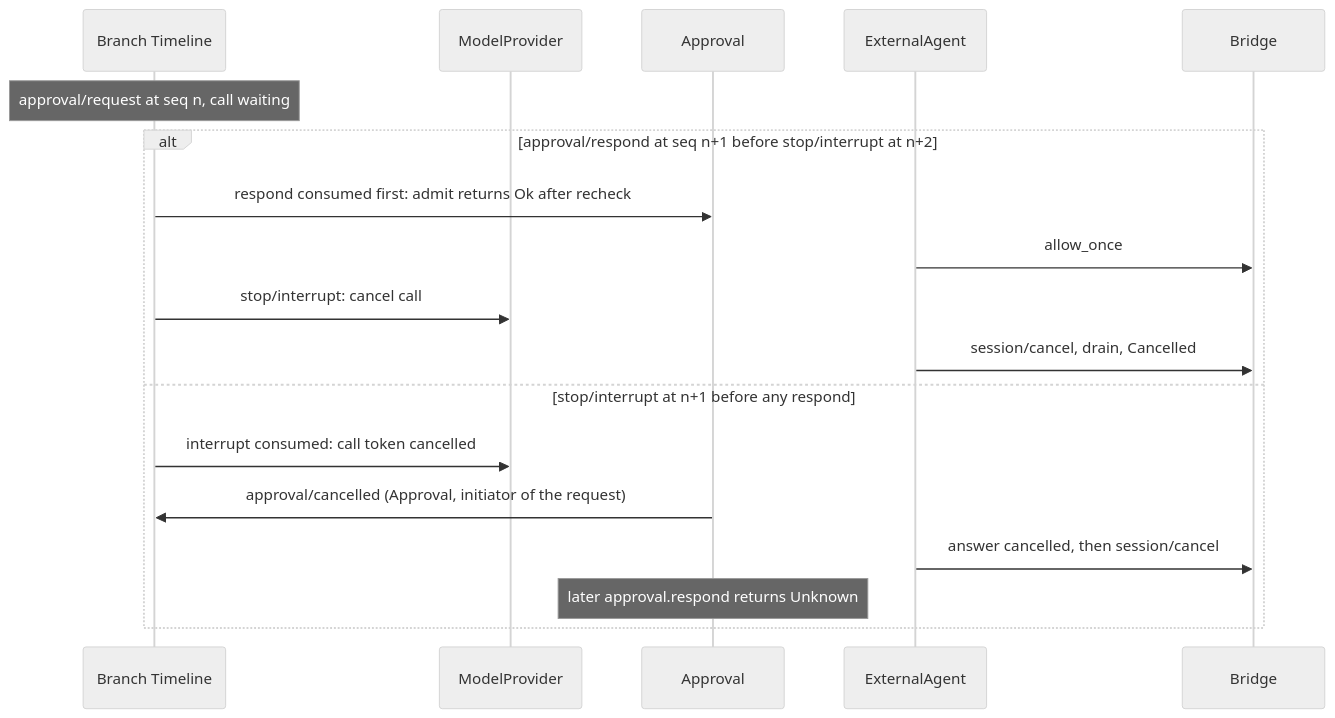
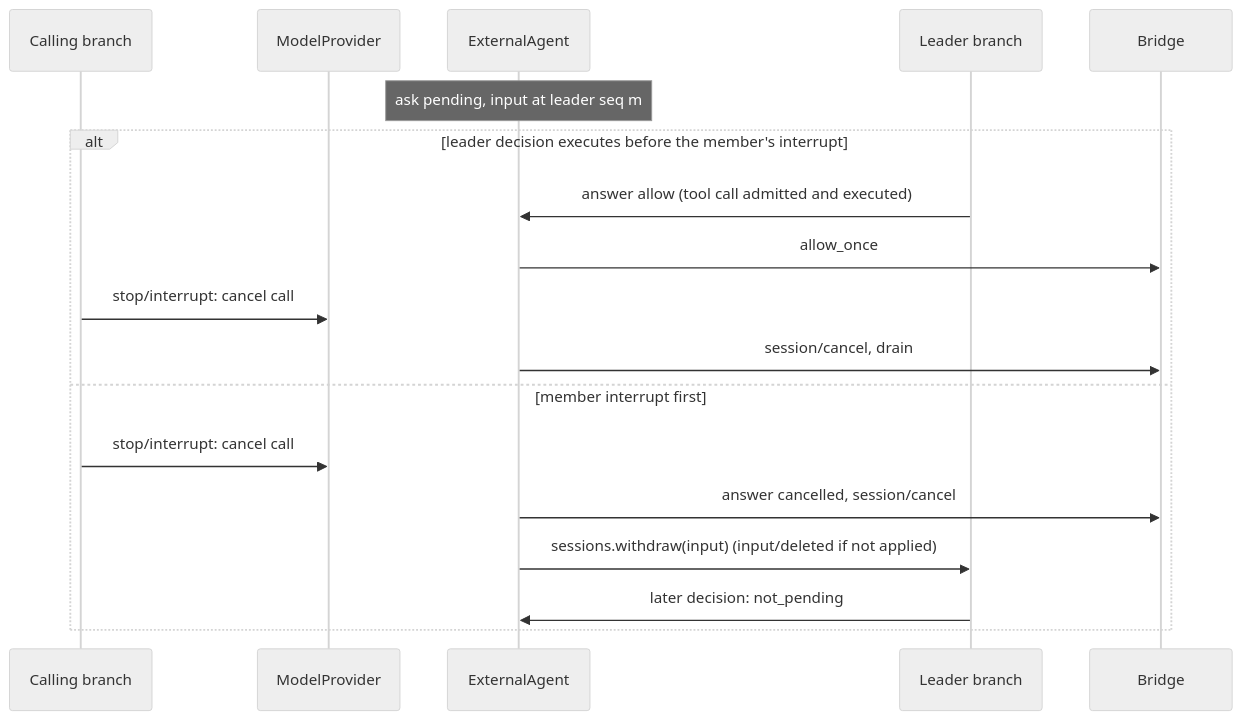
The fifth of 5 diagrams in docs/design/plugins/ExternalAgent.md (CoutinhoTTS/dim-agent), drawn with Mermaid (neutral theme) before and after one commit. The commit also changed other lines of this file, not shown here.

````diff
--- a/docs/design/plugins/ExternalAgent.md
+++ b/docs/design/plugins/ExternalAgent.md
@@ -160,20 +259,20 @@
 ```mermaid
 sequenceDiagram
-  participant TL as Branch Timeline
+  participant TL as Calling branch
   participant MP as ModelProvider
-  participant AP as Approval
   participant EA as ExternalAgent
+  participant LB as Leader branch
   participant BR as Bridge
-  Note over TL: approval/request at seq n, call waiting
-  alt approval/respond at seq n+1 before stop/interrupt at n+2
-    TL->>AP: respond consumed first: admit returns Ok after recheck
+  Note over EA: ask pending, input at leader seq m
+  alt leader decision executes before the member's interrupt
+    LB->>EA: answer allow (tool call admitted and executed)
     EA->>BR: allow_once
     TL->>MP: stop/interrupt: cancel call
-    EA->>BR: session/cancel, drain, Cancelled
-  else stop/interrupt at n+1 before any respond
-    TL->>MP: interrupt consumed: call token cancelled
-    AP->>TL: approval/cancelled (Approval, initiator of the request)
-    EA->>BR: answer cancelled, then session/cancel
-    Note over AP: later approval.respond returns Unknown
+    EA->>BR: session/cancel, drain
+  else member interrupt first
+    TL->>MP: stop/interrupt: cancel call
+    EA->>BR: answer cancelled, session/cancel
+    EA->>LB: sessions.withdraw(input) (input/deleted if not applied)
+    LB->>EA: later decision: not_pending
   end
 ```
````
